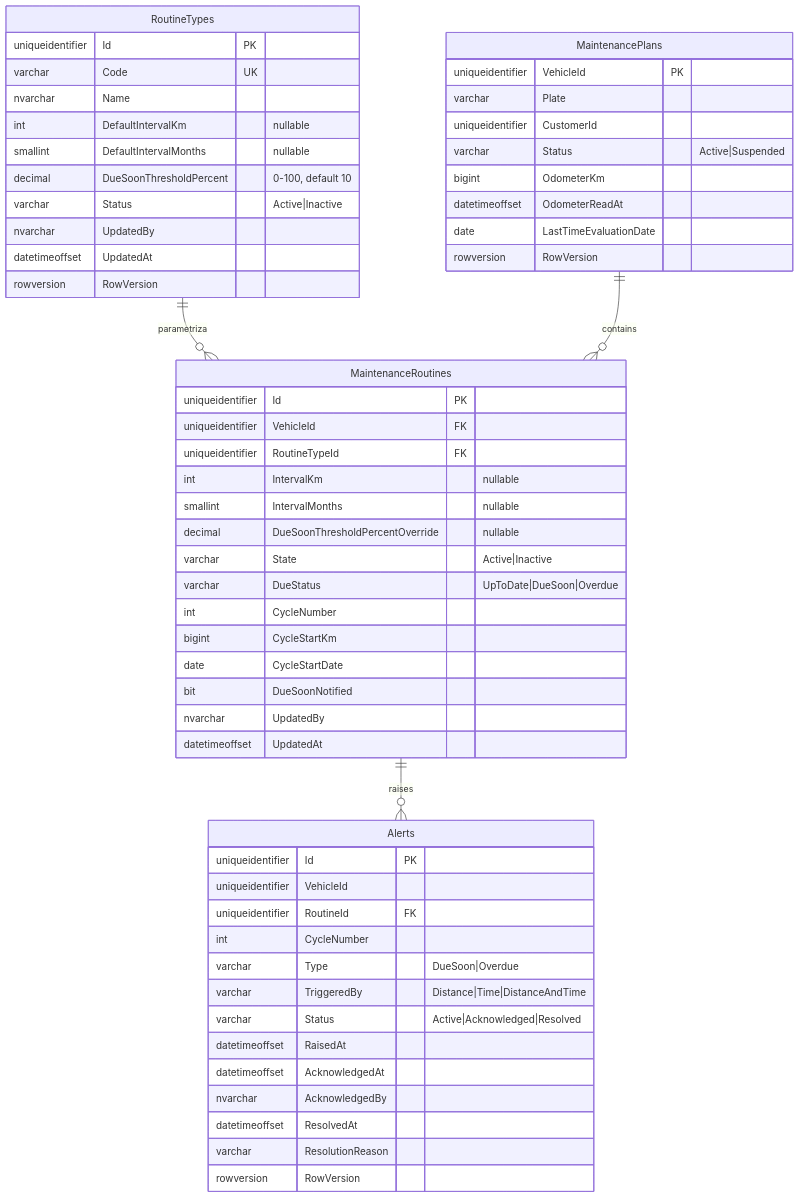
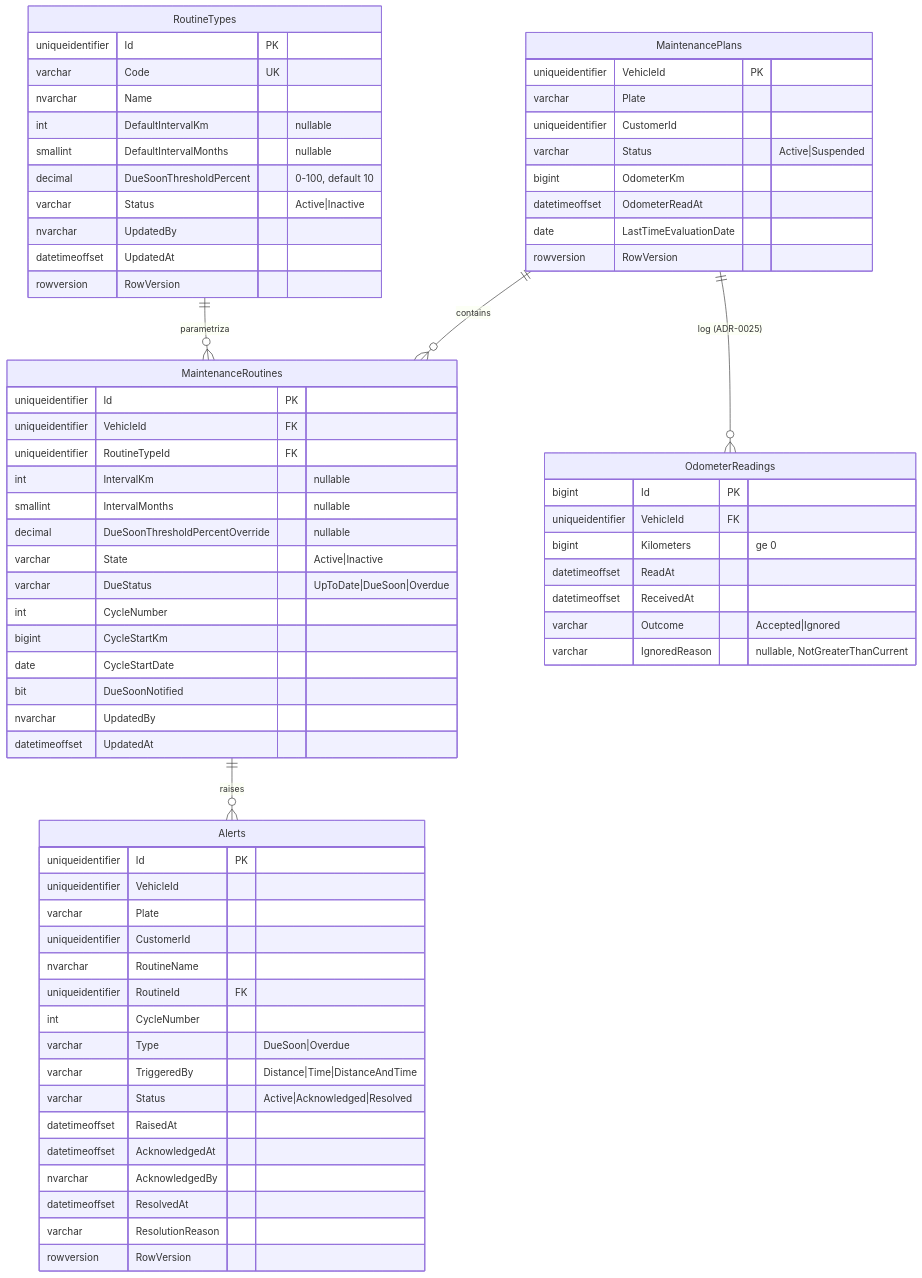
The fourth of 8 diagrams in docs/architecture/data-model.md (dmazo1023/rutaviva-fleet-maintenance-platform), drawn with Mermaid before and after one commit. The commit also changed other lines of this file and 60 other files, not shown here.

````diff
--- a/docs/architecture/data-model.md
+++ b/docs/architecture/data-model.md
@@ -111,59 +116,72 @@
 ```mermaid
 erDiagram
     RoutineTypes ||--o{ MaintenanceRoutines : "parametriza"
     MaintenancePlans ||--o{ MaintenanceRoutines : "contains"
+    MaintenancePlans ||--o{ OdometerReadings : "log (ADR-0025)"
     MaintenanceRoutines ||--o{ Alerts : "raises"
     RoutineTypes {
         uniqueidentifier Id PK
         varchar Code UK
         nvarchar Name
         int DefaultIntervalKm "nullable"
         smallint DefaultIntervalMonths "nullable"
         decimal DueSoonThresholdPercent "0-100, default 10"
         varchar Status "Active|Inactive"
         nvarchar UpdatedBy
         datetimeoffset UpdatedAt
         rowversion RowVersion
     }
     MaintenancePlans {
         uniqueidentifier VehicleId PK
         varchar Plate
         uniqueidentifier CustomerId
         varchar Status "Active|Suspended"
         bigint OdometerKm
         datetimeoffset OdometerReadAt
         date LastTimeEvaluationDate
         rowversion RowVersion
     }
     MaintenanceRoutines {
         uniqueidentifier Id PK
         uniqueidentifier VehicleId FK
         uniqueidentifier RoutineTypeId FK
         int IntervalKm "nullable"
         smallint IntervalMonths "nullable"
         decimal DueSoonThresholdPercentOverride "nullable"
         varchar State "Active|Inactive"
         varchar DueStatus "UpToDate|DueSoon|Overdue"
         int CycleNumber
         bigint CycleStartKm
         date CycleStartDate
         bit DueSoonNotified
         nvarchar UpdatedBy
         datetimeoffset UpdatedAt
     }
     Alerts {
         uniqueidentifier Id PK
         uniqueidentifier VehicleId
+        varchar Plate
+        uniqueidentifier CustomerId
+        nvarchar RoutineName
         uniqueidentifier RoutineId FK
         int CycleNumber
         varchar Type "DueSoon|Overdue"
         varchar TriggeredBy "Distance|Time|DistanceAndTime"
         varchar Status "Active|Acknowledged|Resolved"
         datetimeoffset RaisedAt
         datetimeoffset AcknowledgedAt
         nvarchar AcknowledgedBy
         datetimeoffset ResolvedAt
         varchar ResolutionReason
         rowversion RowVersion
     }
+    OdometerReadings {
+        bigint Id PK
+        uniqueidentifier VehicleId FK
+        bigint Kilometers "ge 0"
+        datetimeoffset ReadAt
+        datetimeoffset ReceivedAt
+        varchar Outcome "Accepted|Ignored"
+        varchar IgnoredReason "nullable, NotGreaterThanCurrent"
+    }
 ```
````
